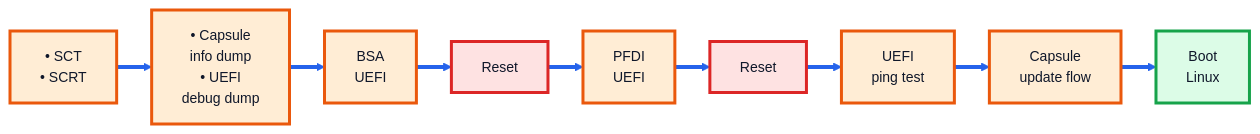
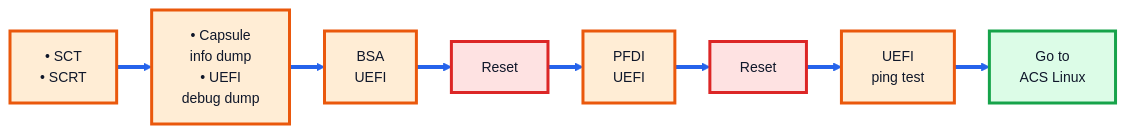
One commit to manjunath3divakar/arm-systemready changed the third of 8 diagrams in docs/systemredy_devicetree_band_flow.md. Above: the diagram before and after it, drawn with Mermaid. The commit also changed other lines of this file, not shown here.

Commit message:
Update ACS flow diagrams in documentation

````diff
--- a/docs/systemredy_devicetree_band_flow.md
+++ b/docs/systemredy_devicetree_band_flow.md
@@ -171,42 +172,41 @@
 ```mermaid
 %%{init: {
   "theme": "base",
   "flowchart": {
     "curve": "linear",
     "nodeSpacing": 25,
     "rankSpacing": 35
   },
   "themeVariables": {
     "fontFamily": "Arial",
     "fontSize": "14px",
     "primaryBorderColor": "#0f172a",
     "lineColor": "#2563eb",
     "tertiaryColor": "#ffffff"
   }
 }}%%
 
 flowchart LR
 
     linkStyle default stroke:#2563eb,stroke-width:4px;
 
     A["• SCT<br/>• SCRT"]
     A --> B["• Capsule<br/>  info dump<br/>• UEFI<br/>  debug dump"]
 
     B --> C["BSA<br/>UEFI"]
     C --> R1["Reset"]
 
     R1 --> D["PFDI<br/>UEFI"]
     D --> R2["Reset"]
 
     R2 --> E["UEFI<br/>ping test"]
-    E --> F["Capsule<br/>update flow"]
-    F --> G["Boot<br/>Linux"]
+    E --> F["Go to<br/>ACS Linux"]
 
     classDef uefi fill:#ffedd5,stroke:#ea580c,stroke-width:3px,color:#0f172a;
     classDef reboot fill:#fee2e2,stroke:#dc2626,stroke-width:3px,color:#0f172a;
     classDef linux fill:#dcfce7,stroke:#16a34a,stroke-width:3px,color:#0f172a;
 
-    class A,B,C,D,E,F uefi;
+    class A,B,C,D,E uefi;
     class R1,R2 reboot;
-    class G linux;
+    class F linux;
 ```
````
